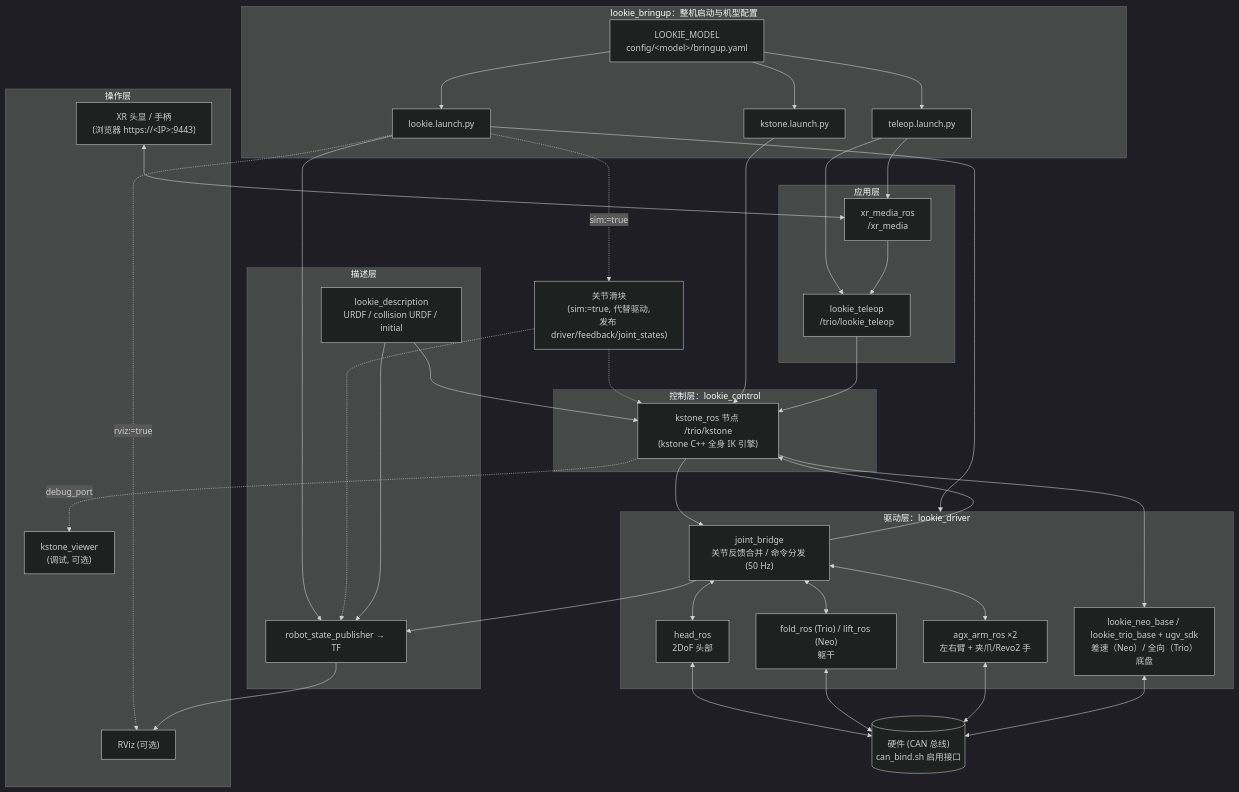
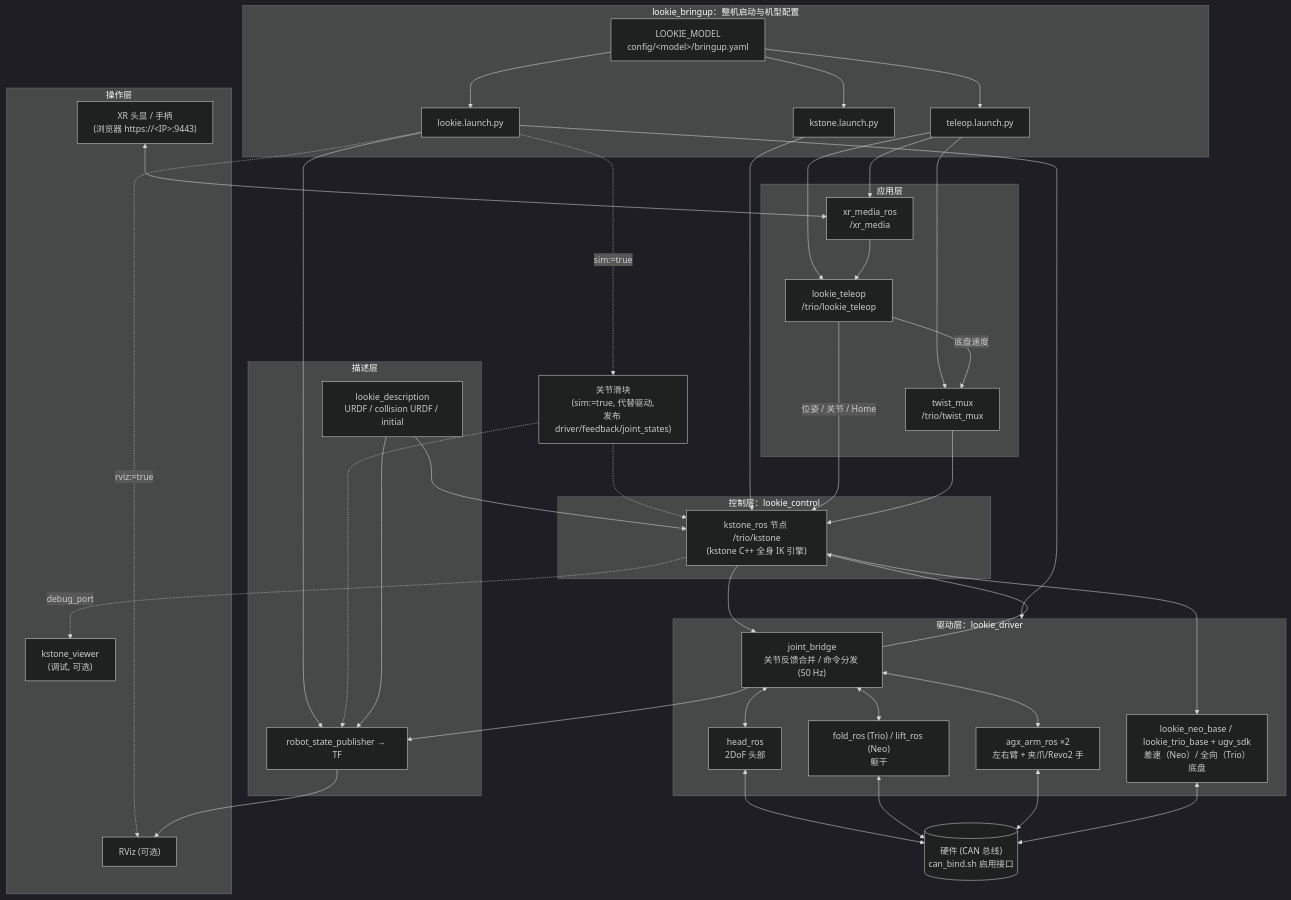
Before and after one commit to AgilexOpensource/lookie_ros: the first of 7 diagrams in docs/architecture.zh-CN.md, drawn with Mermaid (dark theme). The commit also changed other lines of this file and 23 other files, not shown here.

````diff
--- a/docs/architecture.zh-CN.md
+++ b/docs/architecture.zh-CN.md
@@ -9,65 +9,67 @@
 ```mermaid
 flowchart TB
     subgraph USER["操作层"]
         HMD["XR 头显 / 手柄<br/>(浏览器 https://&lt;IP&gt;:9443)"]
         VIEWER["kstone_viewer<br/>(调试, 可选)"]
         RVIZ["RViz (可选)"]
     end
 
     subgraph BRINGUP["lookie_bringup：整机启动与机型配置"]
         MODEL["LOOKIE_MODEL<br/>config/&lt;model&gt;/bringup.yaml"]
         L1["lookie.launch.py"]
         L2["kstone.launch.py"]
         L3["teleop.launch.py"]
     end
 
     subgraph APP["应用层"]
         XR["xr_media_ros<br/>/xr_media"]
         TELEOP["lookie_teleop<br/>/trio/lookie_teleop"]
+        MUX["twist_mux<br/>/trio/twist_mux"]
     end
 
     subgraph CTRL["控制层：lookie_control"]
         KSTONE["kstone_ros 节点 /trio/kstone<br/>(kstone C++ 全身 IK 引擎)"]
     end
 
     subgraph DRV["驱动层：lookie_driver"]
         BRIDGE["joint_bridge<br/>关节反馈合并 / 命令分发 (50 Hz)"]
         HEAD["head_ros<br/>2DoF 头部"]
         TORSO["fold_ros (Trio) / lift_ros (Neo)<br/>躯干"]
         ARM["agx_arm_ros ×2<br/>左右臂 + 夹爪/Revo2 手"]
         CHASSIS["lookie_neo_base / lookie_trio_base + ugv_sdk<br/>差速（Neo）/ 全向（Trio）底盘"]
     end
 
     subgraph DESC["描述层"]
         URDF["lookie_description<br/>URDF / collision URDF / initial"]
         RSP["robot_state_publisher → TF"]
     end
 
     SIM["关节滑块<br/>(sim:=true, 代替驱动,<br/>发布 driver/feedback/joint_states)"]
 
     HW[("硬件 (CAN 总线)<br/>can_bind.sh 启用接口")]
 
     MODEL --> L1 & L2 & L3
     L1 --> DRV
     L1 --> RSP
     L1 -.sim:=true.-> SIM
     SIM -.-> KSTONE
     SIM -.-> RSP
     L1 -.rviz:=true.-> RVIZ
     L2 --> KSTONE
-    L3 --> XR & TELEOP
+    L3 --> XR & TELEOP & MUX
 
     HMD <--> XR
     XR --> TELEOP
-    TELEOP --> KSTONE
+    TELEOP -->|位姿 / 关节 / Home| KSTONE
+    TELEOP -->|底盘速度| MUX --> KSTONE
     KSTONE --> BRIDGE
     KSTONE --> CHASSIS
     BRIDGE --> KSTONE
     BRIDGE <--> HEAD & TORSO & ARM
     HEAD & TORSO & ARM & CHASSIS <--> HW
     URDF --> RSP
     URDF --> KSTONE
     BRIDGE --> RSP
     RSP --> RVIZ
     KSTONE -.debug_port.-> VIEWER
 ```
````
